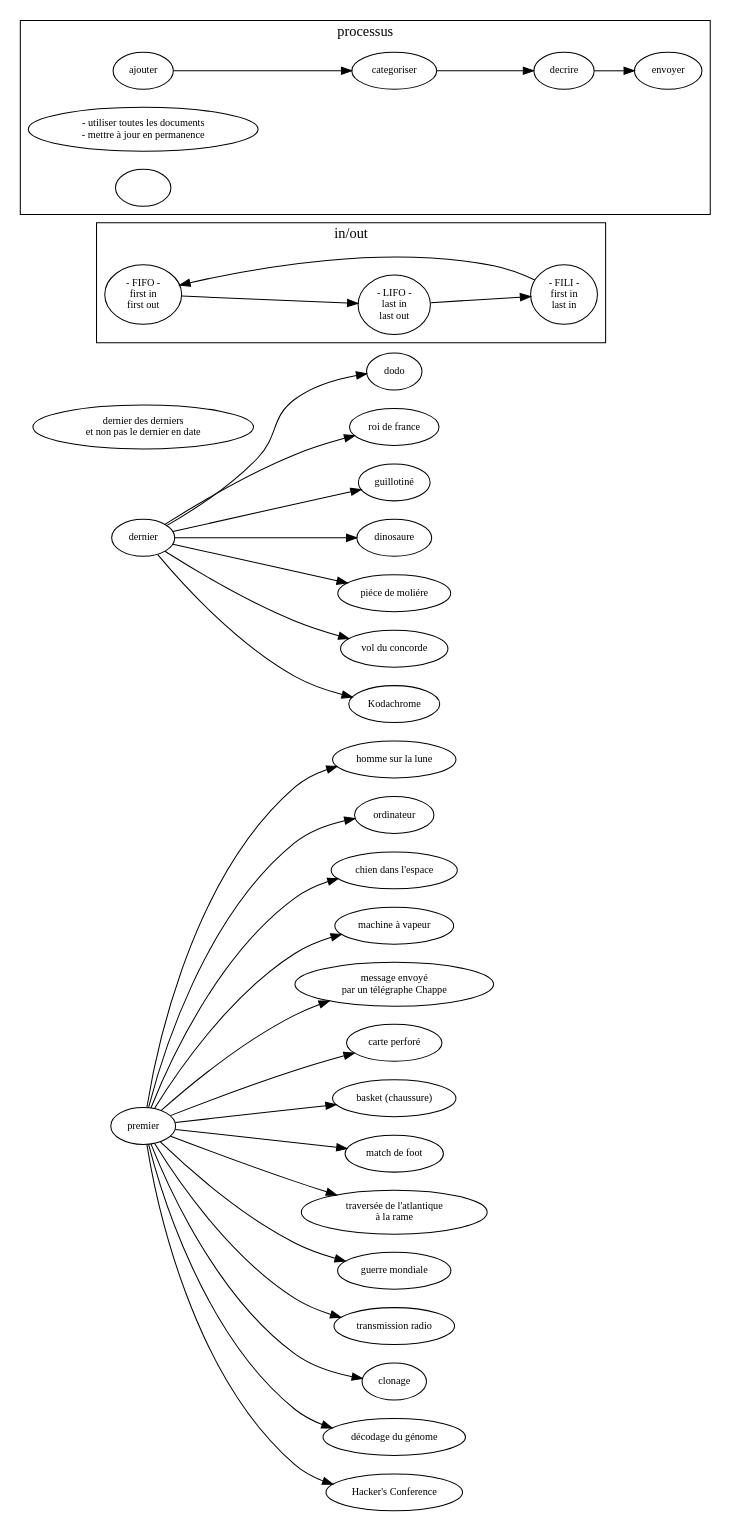
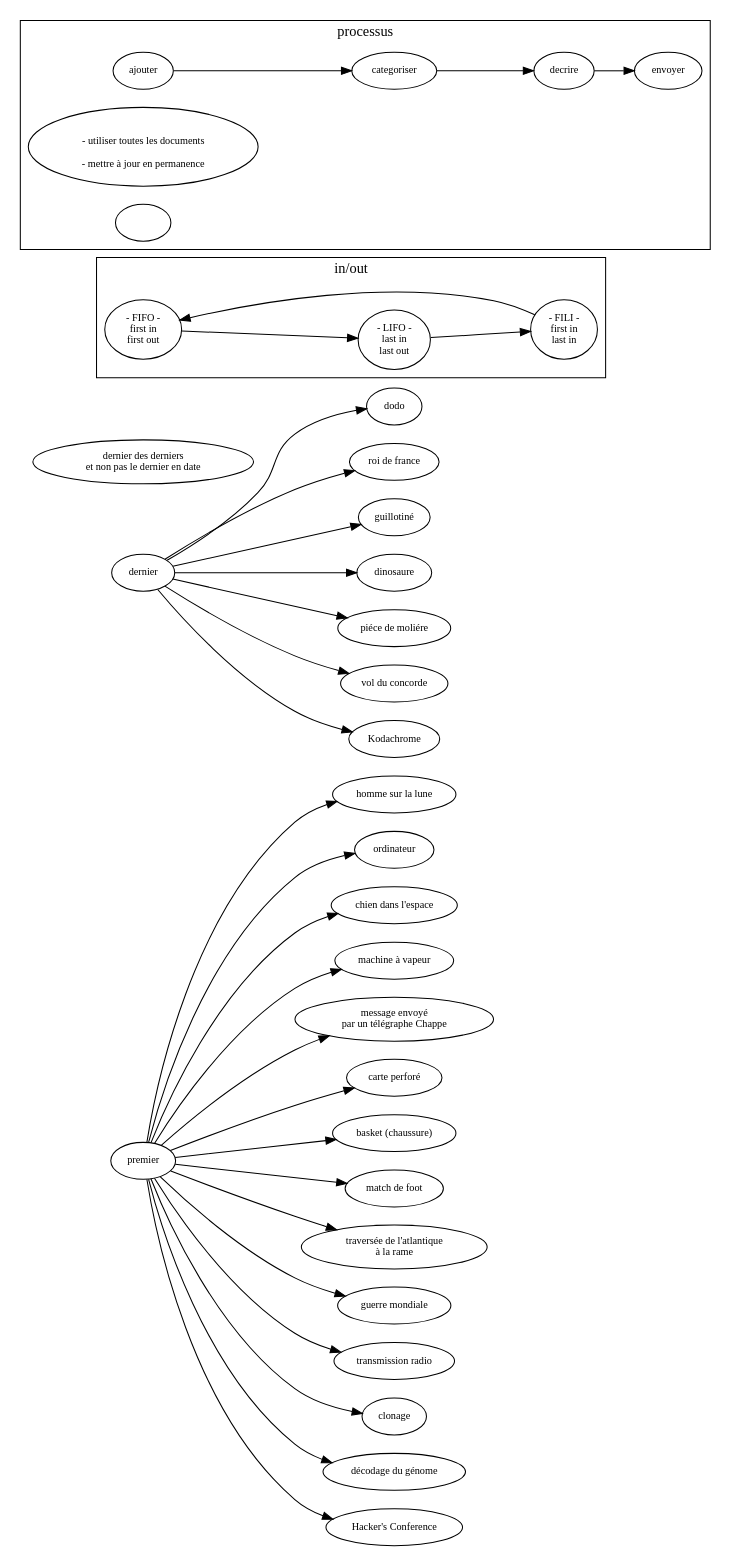
The diagram in sujet.dot (ensad-nancy/first-last), drawn with Graphviz before and after one commit.

Commit message:
+		" +- utiliser toutes les documents\n +- mettre à jour en permanence"

```diff
--- a/sujet.dot
+++ b/sujet.dot
@@ -1,64 +1,66 @@
 digraph {
 
 	layout= "dot"
 	
 
 	fontname="myriadpro"
 	fontsize = 14
 	rankdir="LR"
 	
 	
 	node [fontname="myriadpro", fontsize = 10]
 	edge [fontname="monaco", fontsize = 9]
 	
 	first [label="premier"]
 	last [label="dernier"]
 	
 	"dernier des derniers\n et non pas le dernier en date" 
 
 	first -> "homme sur la lune"
 	first -> "ordinateur"
 	first -> "chien dans l'espace"
 	first -> "machine à vapeur"
 	first -> "message envoyé\npar un télégraphe Chappe"
 	first -> "carte perforé"
 	first -> "basket (chaussure)"
 	first -> "match de foot"
 	first -> "traversée de l'atlantique\nà la rame"
 	first -> "guerre mondiale"
 	first -> "transmission radio"
 	first -> "clonage"
 	first -> "décodage du génome"
 	first -> "Hacker's Conference"
 	
 	last -> dodo
 	last -> "roi de france"
 	last -> "guillotiné"
 	last -> "dinosaure"
 	last -> "piéce de moliére"
 	last -> "vol du concorde"
 	last -> "Kodachrome"
 
 	subgraph cluster_FO{
 	
 		label="in/out"
 		
 		FIFO [label="- FIFO -\nfirst in\nfirst out"]
 		LIFO [label="- LIFO -\nlast in\nlast out"]
 		FILI [label="- FILI -\nfirst in\n last in"]
 
 		FILI -> FIFO -> LIFO -> FILI
 	}
 	
 	subgraph cluster_process {
 		
 		label="processus"
 		
 		//get [label="récolter"]
 		
 		ajouter -> categoriser -> decrire -> envoyer
 		
-		"- utiliser toutes les documents\n- mettre à jour en permanence"
+		"
+- utiliser toutes les documents\n
+- mettre à jour en permanence"
 		""
 	}
 }
```
